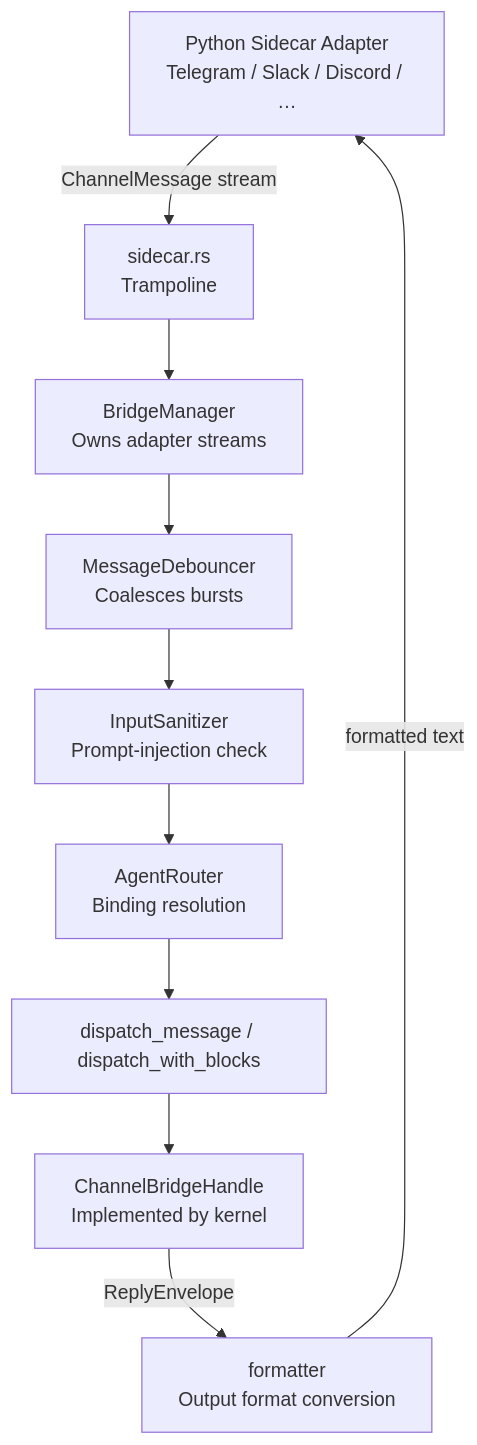
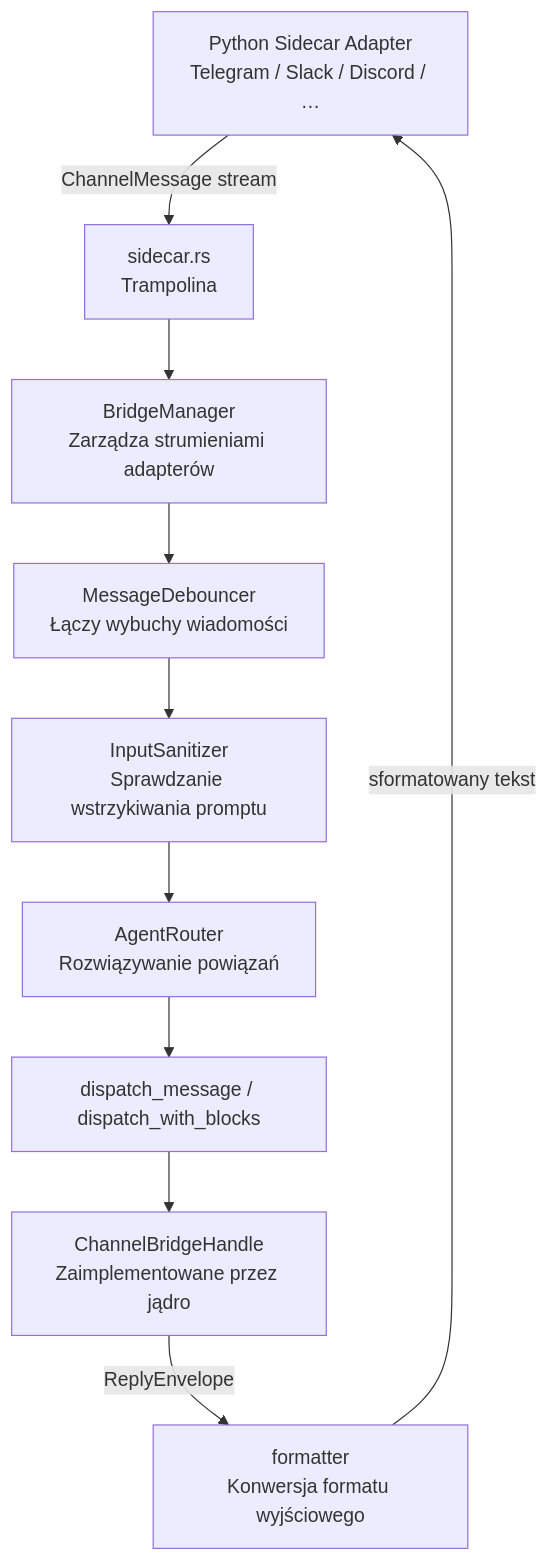
Before and after one commit to leszek3737/librefang-WIki: the diagram in crates-librefang-channels.md, drawn with Mermaid. The commit also changed other lines of this file and 104 other files, not shown here.

````diff
--- a/crates-librefang-channels.md
+++ b/crates-librefang-channels.md
@@ -11,21 +11,21 @@
 ```mermaid
 graph TD
     SC[Python Sidecar Adapter<br/>Telegram / Slack / Discord / …]
-    TR[sidecar.rs<br/>Trampoline]
-    BM[BridgeManager<br/>Owns adapter streams]
-    DB[MessageDebouncer<br/>Coalesces bursts]
-    SAN[InputSanitizer<br/>Prompt-injection check]
-    RT[AgentRouter<br/>Binding resolution]
+    TR[sidecar.rs<br/>Trampolina]
+    BM[BridgeManager<br/>Zarządza strumieniami adapterów]
+    DB[MessageDebouncer<br/>Łączy wybuchy wiadomości]
+    SAN[InputSanitizer<br/>Sprawdzanie wstrzykiwania promptu]
+    RT[AgentRouter<br/>Rozwiązywanie powiązań]
     DL[dispatch_message / dispatch_with_blocks]
-    KH[ChannelBridgeHandle<br/>Implemented by kernel]
-    FMT[formatter<br/>Output format conversion]
+    KH[ChannelBridgeHandle<br/>Zaimplementowane przez jądro]
+    FMT[formatter<br/>Konwersja formatu wyjściowego]
     SC -->|ChannelMessage stream| TR
     TR --> BM
     BM --> DB
     DB --> SAN
     SAN --> RT
     RT --> DL
     DL --> KH
     KH -->|ReplyEnvelope| FMT
-    FMT -->|formatted text| SC
+    FMT -->|sformatowany tekst| SC
 ```
````
